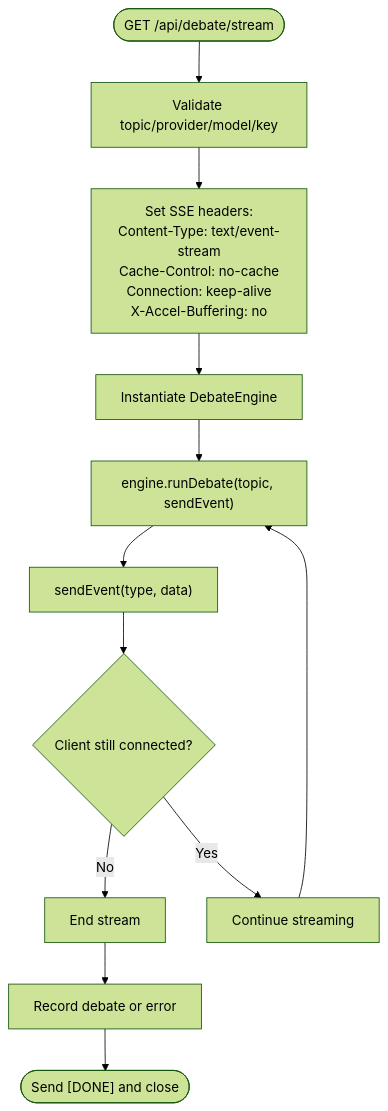
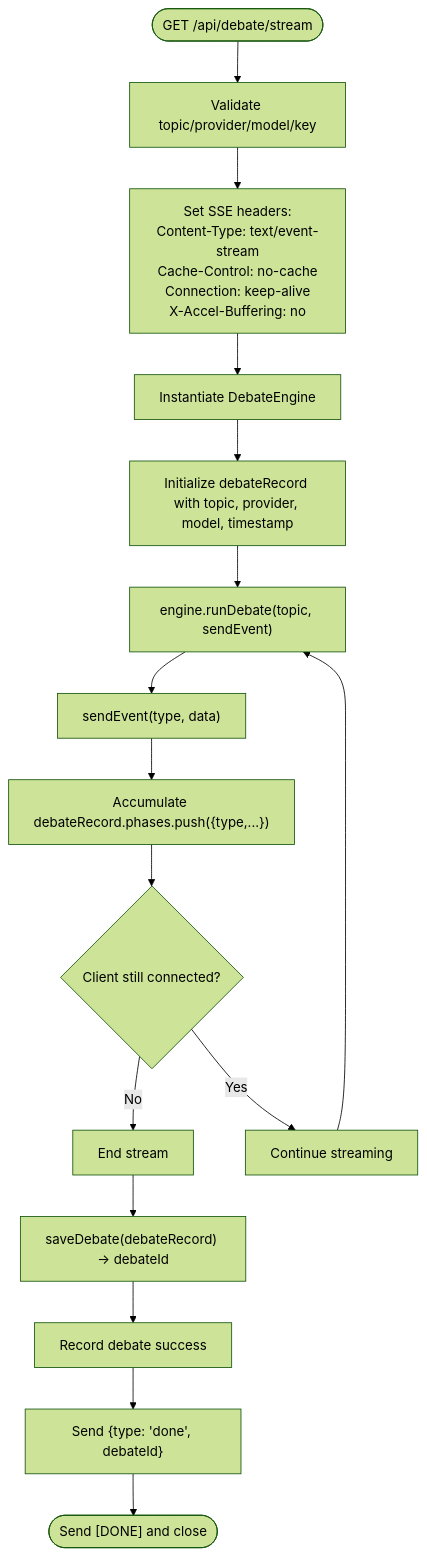
The third of 8 diagrams in .qoder/repowiki/en/content/AI Debate Engine/Real-Time Streaming Architecture.md (RunTimeAdmin/tri-ai), drawn with Mermaid (forest theme) before and after one commit. The commit also changed other lines of this file and 21 other files, not shown here.

````diff
--- a/.qoder/repowiki/en/content/AI Debate Engine/Real-Time Streaming Architecture.md
+++ b/.qoder/repowiki/en/content/AI Debate Engine/Real-Time Streaming Architecture.md
@@ -134,14 +156,18 @@
 ```mermaid
 flowchart TD
 Start(["GET /api/debate/stream"]) --> Validate["Validate topic/provider/model/key"]
 Validate --> Headers["Set SSE headers:<br/>Content-Type: text/event-stream<br/>Cache-Control: no-cache<br/>Connection: keep-alive<br/>X-Accel-Buffering: no"]
 Headers --> CreateEngine["Instantiate DebateEngine"]
-CreateEngine --> Run["engine.runDebate(topic, sendEvent)"]
+CreateEngine --> InitRecord["Initialize debateRecord with topic, provider, model, timestamp"]
+InitRecord --> Run["engine.runDebate(topic, sendEvent)"]
 Run --> Emit["sendEvent(type, data)"]
-Emit --> Done{"Client still connected?"}
+Emit --> Accumulate["Accumulate debateRecord.phases.push({type,...})"]
+Accumulate --> Done{"Client still connected?"}
 Done --> |No| Close["End stream"]
 Done --> |Yes| Continue["Continue streaming"]
 Continue --> Run
-Close --> Record["Record debate or error"]
-Record --> End(["Send [DONE] and close"])
+Close --> Save["saveDebate(debateRecord) -> debateId"]
+Save --> Record["Record debate success"]
+Record --> SendDone["Send {type: 'done', debateId}"]
+SendDone --> End(["Send [DONE] and close"])
 ```
````
